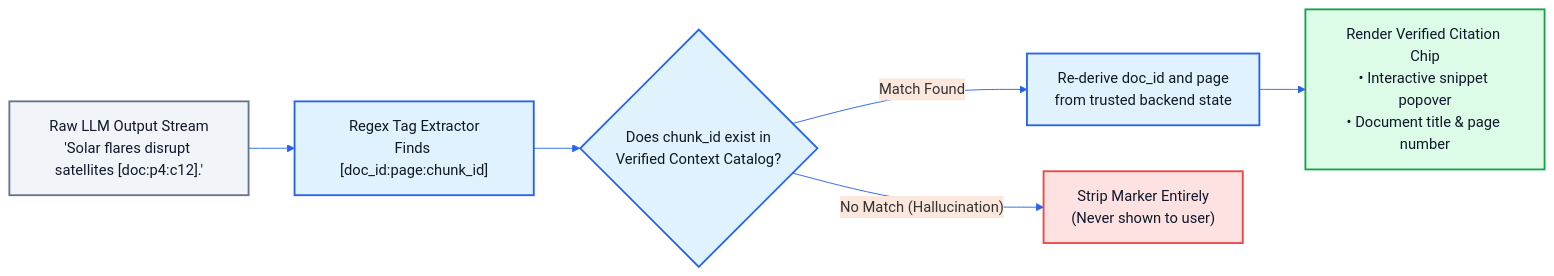
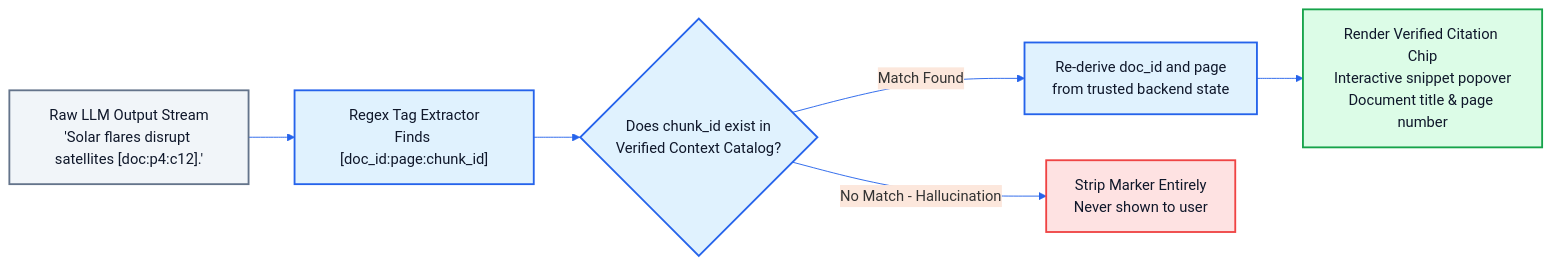
Before and after one commit to Pavan048/CITE-RAG: the fourth of 4 diagrams in README.md, drawn with Mermaid. The commit also changed other lines of this file, not shown here.

Commit message:
fix(readme): fix Mermaid diagram syntax by renaming reserved classDef identifiers and updating edge labels

````diff
--- a/README.md
+++ b/README.md
@@ -214,21 +225,21 @@
 ```mermaid
 %%{init: {"theme": "base", "themeVariables": {"primaryColor": "#dcfce7", "primaryBorderColor": "#16a34a", "lineColor": "#2563eb", "fontFamily": "Inter, Arial"}}}%%
 flowchart LR
-  classDef source fill:#f1f5f9,stroke:#64748b,stroke-width:2px,color:#0f172a;
-  classDef verified fill:#dcfce7,stroke:#16a34a,stroke-width:2px,color:#0f172a;
-  classDef dropped fill:#fee2e2,stroke:#ef4444,stroke-width:2px,color:#0f172a;
-  classDef action fill:#e0f2fe,stroke:#2563eb,stroke-width:2px,color:#0f172a;
+  classDef cSource fill:#f1f5f9,stroke:#64748b,stroke-width:2px,color:#0f172a;
+  classDef cVerified fill:#dcfce7,stroke:#16a34a,stroke-width:2px,color:#0f172a;
+  classDef cDropped fill:#fee2e2,stroke:#ef4444,stroke-width:2px,color:#0f172a;
+  classDef cAction fill:#e0f2fe,stroke:#2563eb,stroke-width:2px,color:#0f172a;
 
-  LLM["Raw LLM Output Stream<br/>'Solar flares disrupt satellites [doc:p4:c12].'"] --> Parse["Regex Tag Extractor<br/>Finds [doc_id:page:chunk_id]"]
+  LLM["Raw LLM Output Stream<br/>'Solar flares disrupt satellites #91;doc:p4:c12#93;.'"] --> Parse["Regex Tag Extractor<br/>Finds #91;doc_id:page:chunk_id#93;"]
   Parse --> Check{"Does chunk_id exist in<br/>Verified Context Catalog?"}
   
-  Check -- "Match Found" --> ReDerive["Re-derive doc_id and page<br/>from trusted backend state"]
-  ReDerive --> UIChip["Render Verified Citation Chip<br/>• Interactive snippet popover<br/>• Document title & page number"]
+  Check -->|Match Found| ReDerive["Re-derive doc_id and page<br/>from trusted backend state"]
+  ReDerive --> UIChip["Render Verified Citation Chip<br/>Interactive snippet popover<br/>Document title & page number"]
 
-  Check -- "No Match (Hallucination)" --> Strip["Strip Marker Entirely<br/>(Never shown to user)"]
+  Check -->|No Match - Hallucination| Strip["Strip Marker Entirely<br/>Never shown to user"]
 
-  class LLM source
-  class Parse,Check,ReDerive action
-  class UIChip verified
-  class Strip dropped
+  class LLM cSource
+  class Parse,Check,ReDerive cAction
+  class UIChip cVerified
+  class Strip cDropped
 ```
````
